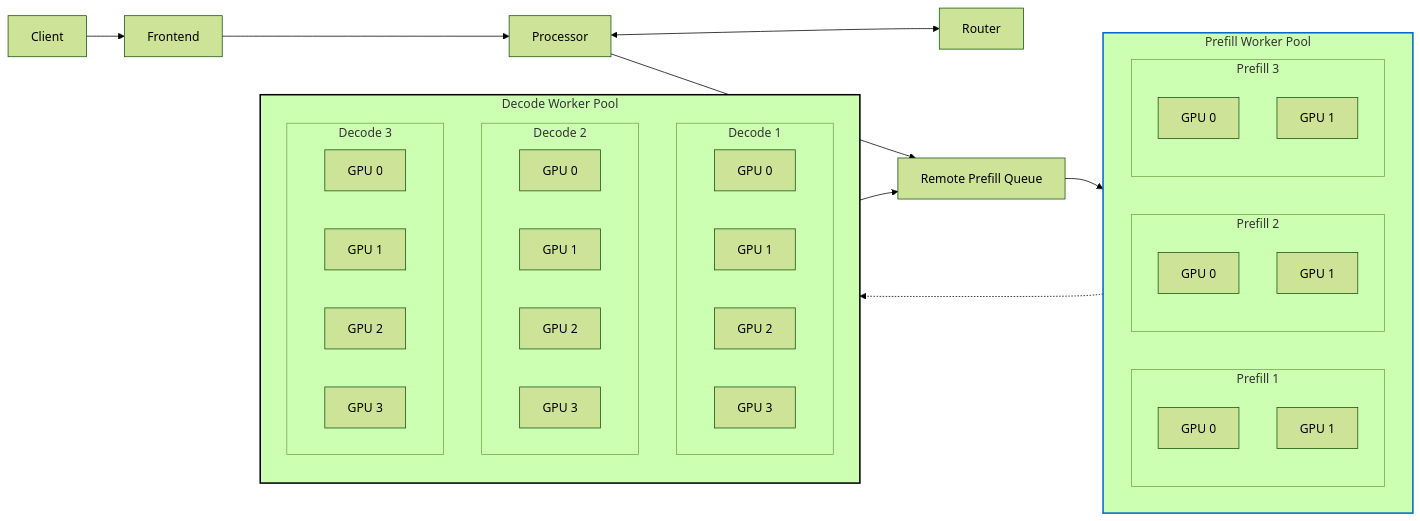
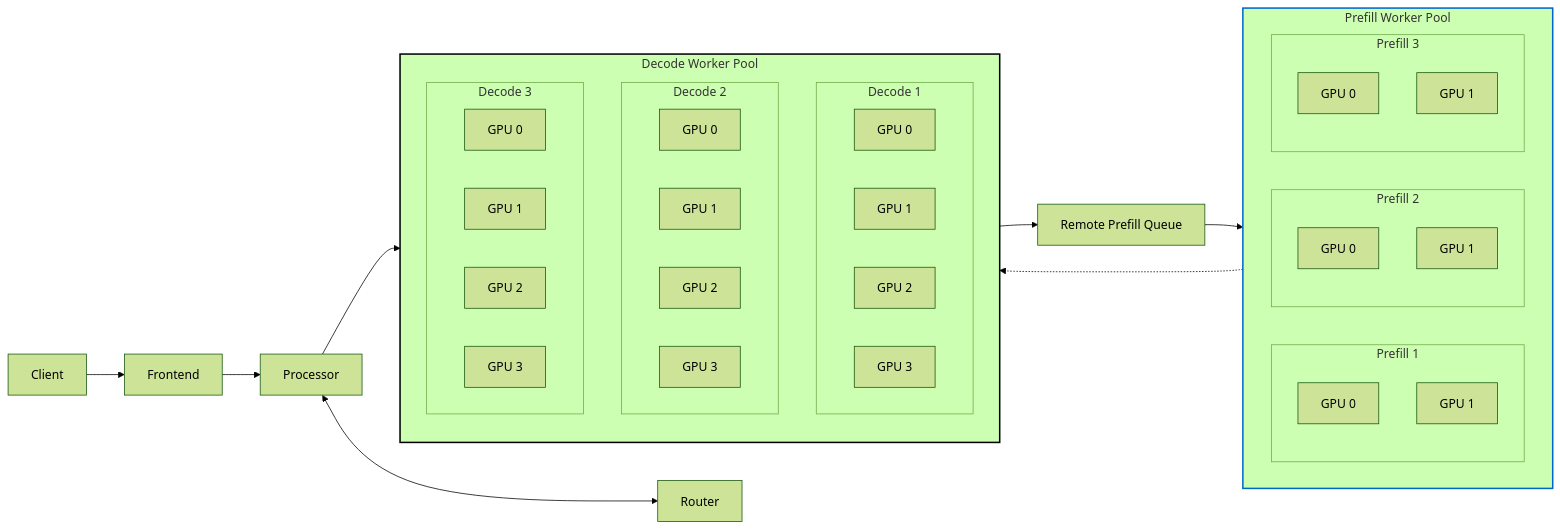
The third of 3 diagrams in deps/NNNN-fault-tolerance.md (ai-dynamo/enhancements), drawn with Mermaid (forest theme) before and after one commit.

````diff
--- a/deps/NNNN-fault-tolerance.md
+++ b/deps/NNNN-fault-tolerance.md
@@ -363,68 +363,70 @@
 ```mermaid
 graph LR
     Client["Client"]
     Frontend["Frontend"]
     Router["Router"]
     Processor["Processor"]
     PrefillQueue["Remote Prefill Queue"]
 
     Client --> Frontend
     Frontend --> Processor
     Processor <--> Router
-    Processor --> PrefillQueue
 
     %% Prefill Worker Pool (horizontal layout)
     subgraph PrefillPool["Prefill Worker Pool"]
         direction LR
         subgraph Prefill1["Prefill 1"]
             direction TB
             P1GPU0["GPU 0"]
             P1GPU1["GPU 1"]
         end
         subgraph Prefill2["Prefill 2"]
             direction TB
             P2GPU0["GPU 0"]
             P2GPU1["GPU 1"]
         end
         subgraph Prefill3["Prefill 3"]
             direction TB
             P3GPU0["GPU 0"]
             P3GPU1["GPU 1"]
         end
     end
 
     %% Decode Worker Pool (vertical layout)
     subgraph DecodePool["Decode Worker Pool"]
         direction TB
         subgraph Decode1["Decode 1"]
             direction LR
             D1GPU0["GPU 0"]
             D1GPU1["GPU 1"]
             D1GPU2["GPU 2"]
             D1GPU3["GPU 3"]
         end
         subgraph Decode2["Decode 2"]
             direction LR
             D2GPU0["GPU 0"]
             D2GPU1["GPU 1"]
             D2GPU2["GPU 2"]
             D2GPU3["GPU 3"]
         end
         subgraph Decode3["Decode 3"]
             direction LR
             D3GPU0["GPU 0"]
             D3GPU1["GPU 1"]
             D3GPU2["GPU 2"]
             D3GPU3["GPU 3"]
         end
     end
 
     %% Connections
-    PrefillQueue --> PrefillPool
+    Processor --> Decode1
+
+	PrefillQueue --> PrefillPool
     DecodePool --> PrefillQueue
     PrefillPool -.-> DecodePool
+	
 
     %% Styling
     style PrefillPool stroke:#0066cc,stroke-width:2px
     style DecodePool stroke:#000,stroke-width:2px
 ```
````
